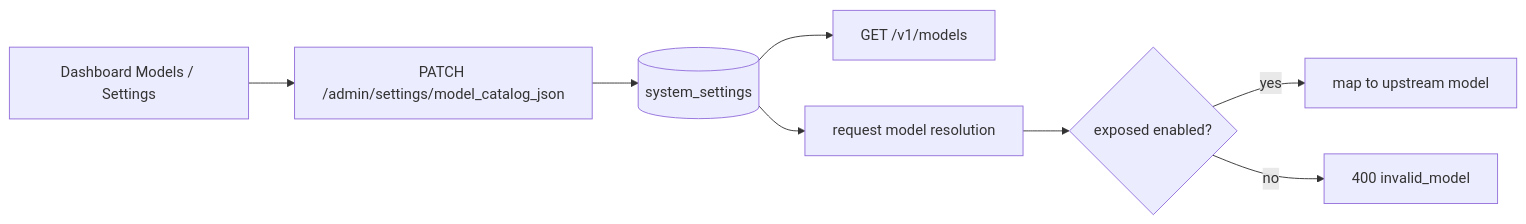
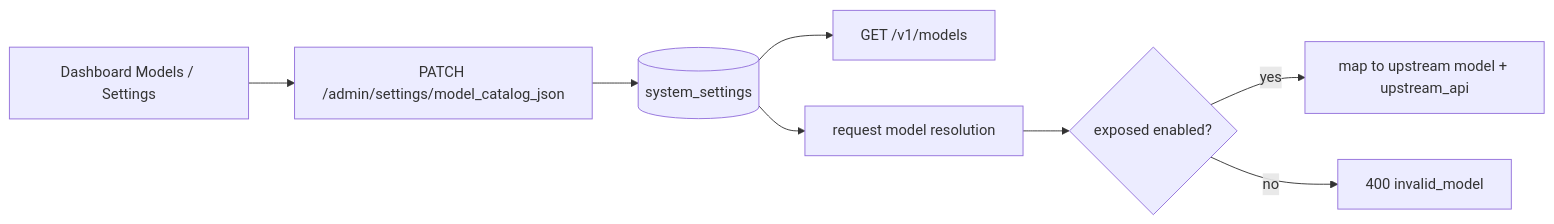
One commit to pczhao1210/ghcp-pool-proxy changed the seventh of 10 diagrams in docs/operations.en.md. Above: the diagram before and after it, drawn with Mermaid. The commit also changed other lines of this file and 11 other files, not shown here.

````diff
--- a/docs/operations.en.md
+++ b/docs/operations.en.md
@@ -283,10 +289,10 @@
 ```mermaid
 flowchart LR
   A["Dashboard Models / Settings"] --> B["PATCH /admin/settings/model_catalog_json"]
   B --> C[(system_settings)]
   C --> D["GET /v1/models"]
   C --> E["request model resolution"]
   E --> F{"exposed enabled?"}
-  F -->|"yes"| G["map to upstream model"]
+  F -->|"yes"| G["map to upstream model + upstream_api"]
   F -->|"no"| H["400 invalid_model"]
 ```
````
